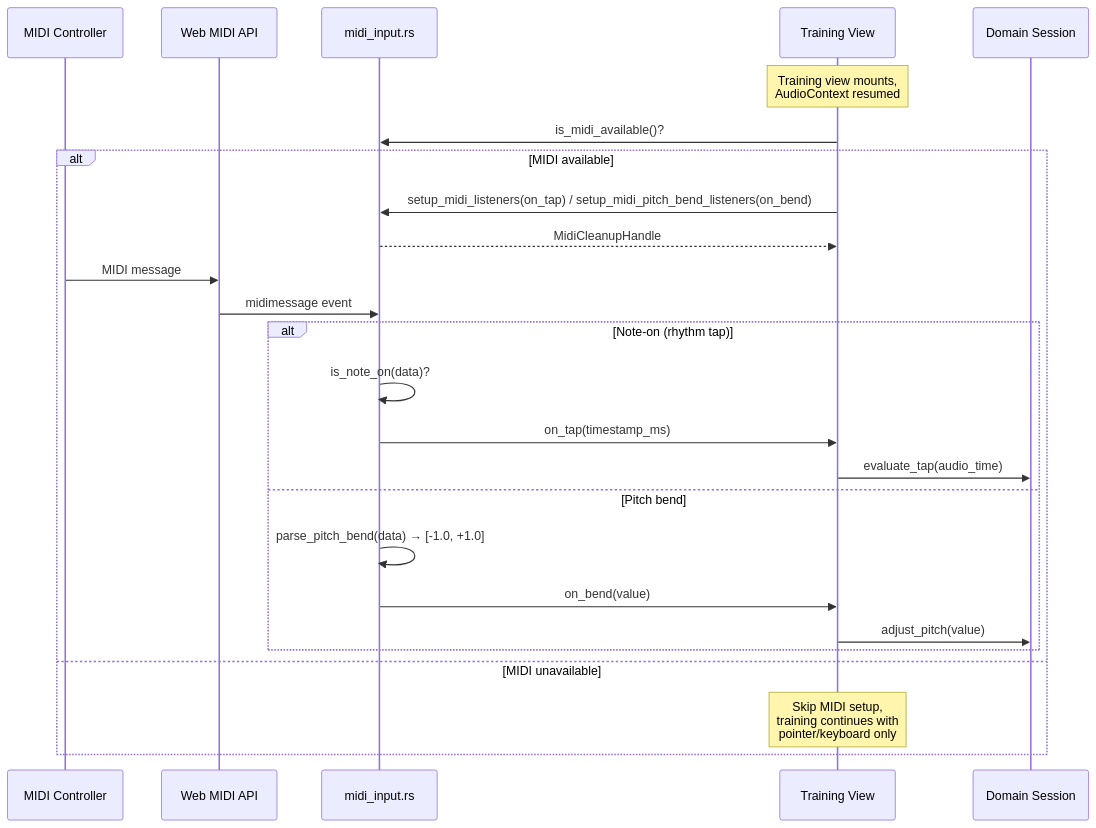
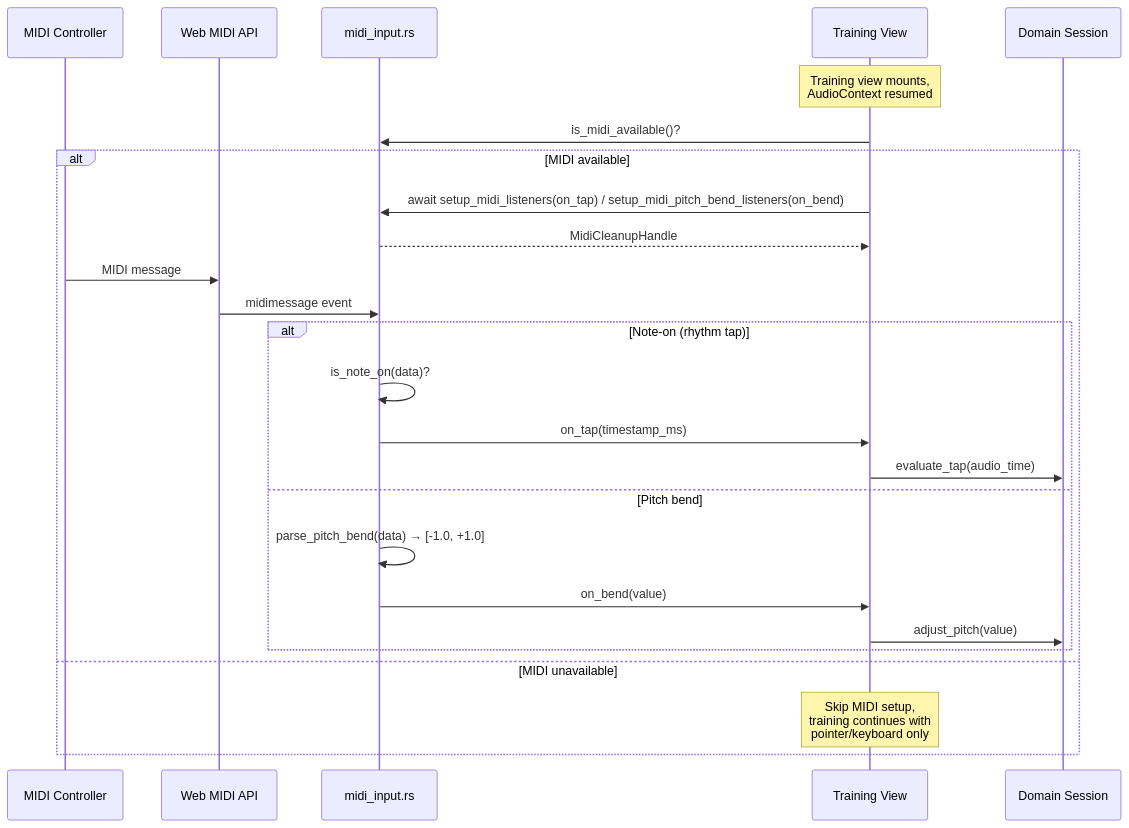
The ninth of 11 diagrams in docs/arc42-architecture.md (mschuerig/peach-web), drawn with Mermaid before and after one commit. The commit also changed other lines of this file and 6 other files, not shown here.

````diff
--- a/docs/arc42-architecture.md
+++ b/docs/arc42-architecture.md
@@ -341,28 +341,28 @@
 ```mermaid
 sequenceDiagram
     participant MC as MIDI Controller
     participant WM as Web MIDI API
     participant MA as midi_input.rs
     participant TV as Training View
     participant S as Domain Session
 
     Note over TV: Training view mounts,<br/>AudioContext resumed
     TV->>MA: is_midi_available()?
     alt MIDI available
-        TV->>MA: setup_midi_listeners(on_tap) / setup_midi_pitch_bend_listeners(on_bend)
+        TV->>MA: await setup_midi_listeners(on_tap) / setup_midi_pitch_bend_listeners(on_bend)
         MA-->>TV: MidiCleanupHandle
         MC->>WM: MIDI message
         WM->>MA: midimessage event
         alt Note-on (rhythm tap)
             MA->>MA: is_note_on(data)?
             MA->>TV: on_tap(timestamp_ms)
             TV->>S: evaluate_tap(audio_time)
         else Pitch bend
             MA->>MA: parse_pitch_bend(data) → [-1.0, +1.0]
             MA->>TV: on_bend(value)
             TV->>S: adjust_pitch(value)
         end
     else MIDI unavailable
         Note over TV: Skip MIDI setup,<br/>training continues with<br/>pointer/keyboard only
     end
 ```
````
